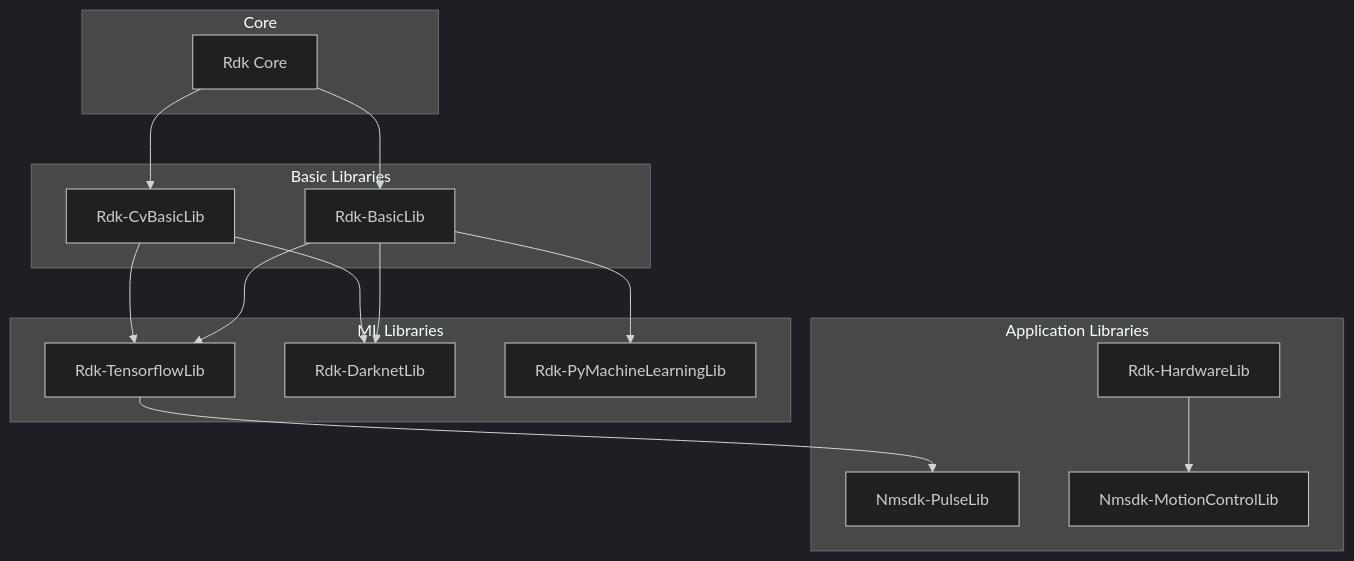
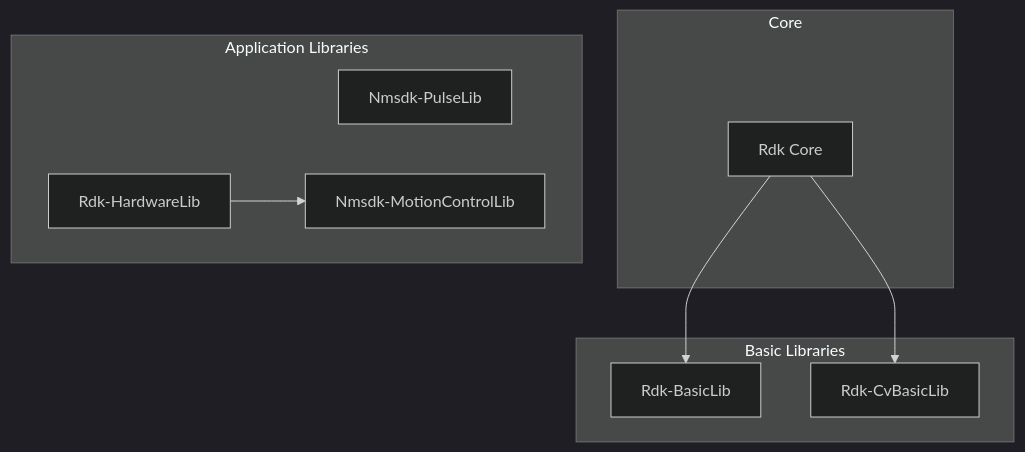
The fourth of 5 diagrams in Docs/Development-Guides/Library-Development.md (aicommunity/Nmsdk), drawn with Mermaid (dark theme) before and after one commit. The commit also changed 35 other files, not shown here.

````diff
--- a/Docs/Development-Guides/Library-Development.md
+++ b/Docs/Development-Guides/Library-Development.md
@@ -451,33 +451,22 @@
 ```mermaid
 flowchart TB
     subgraph "Core"
         Rdk[Rdk Core]
     end
     
     subgraph "Basic Libraries"
         BasicLib[Rdk-BasicLib]
         CvLib[Rdk-CvBasicLib]
     end
     
-    subgraph "ML Libraries"
-        TfLib[Rdk-TensorflowLib]
-        DarknetLib[Rdk-DarknetLib]
-        PyMLLib[Rdk-PyMachineLearningLib]
-    end
     
     subgraph "Application Libraries"
         PulseLib[Nmsdk-PulseLib]
         MotionLib[Nmsdk-MotionControlLib]
         HardwareLib[Rdk-HardwareLib]
     end
     
     Rdk --> BasicLib
     Rdk --> CvLib
-    BasicLib --> TfLib
-    BasicLib --> DarknetLib
-    BasicLib --> PyMLLib
-    CvLib --> TfLib
-    CvLib --> DarknetLib
-    TfLib --> PulseLib
     HardwareLib --> MotionLib
 ```
````
